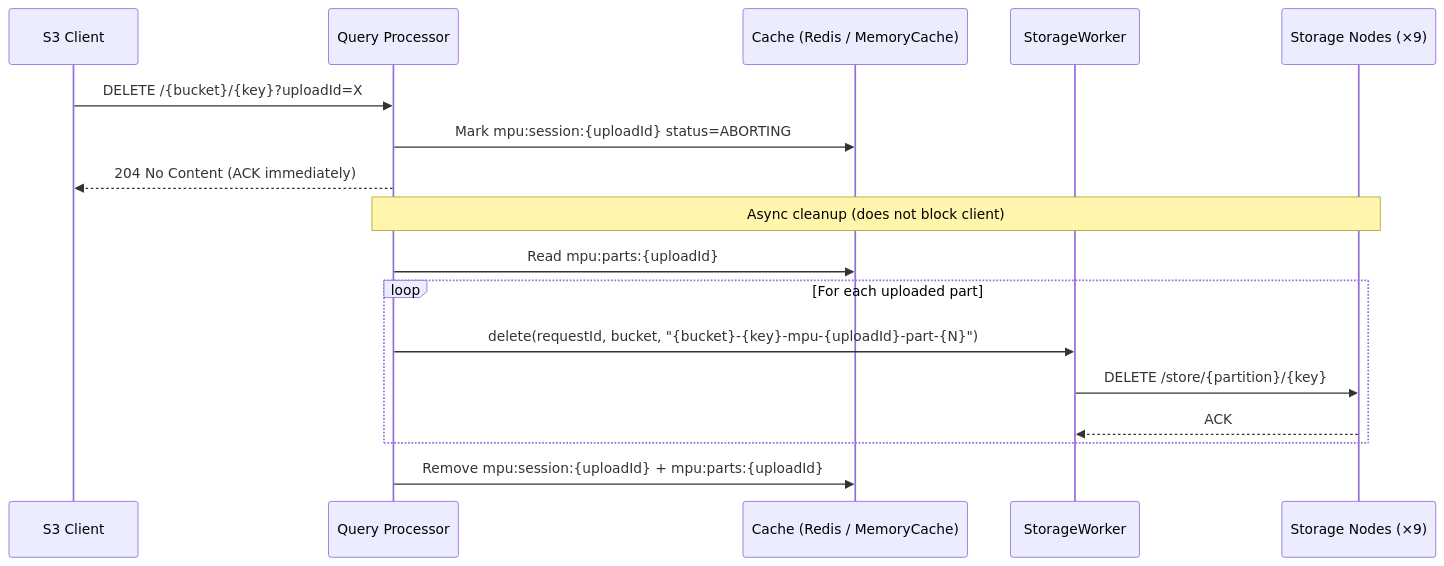
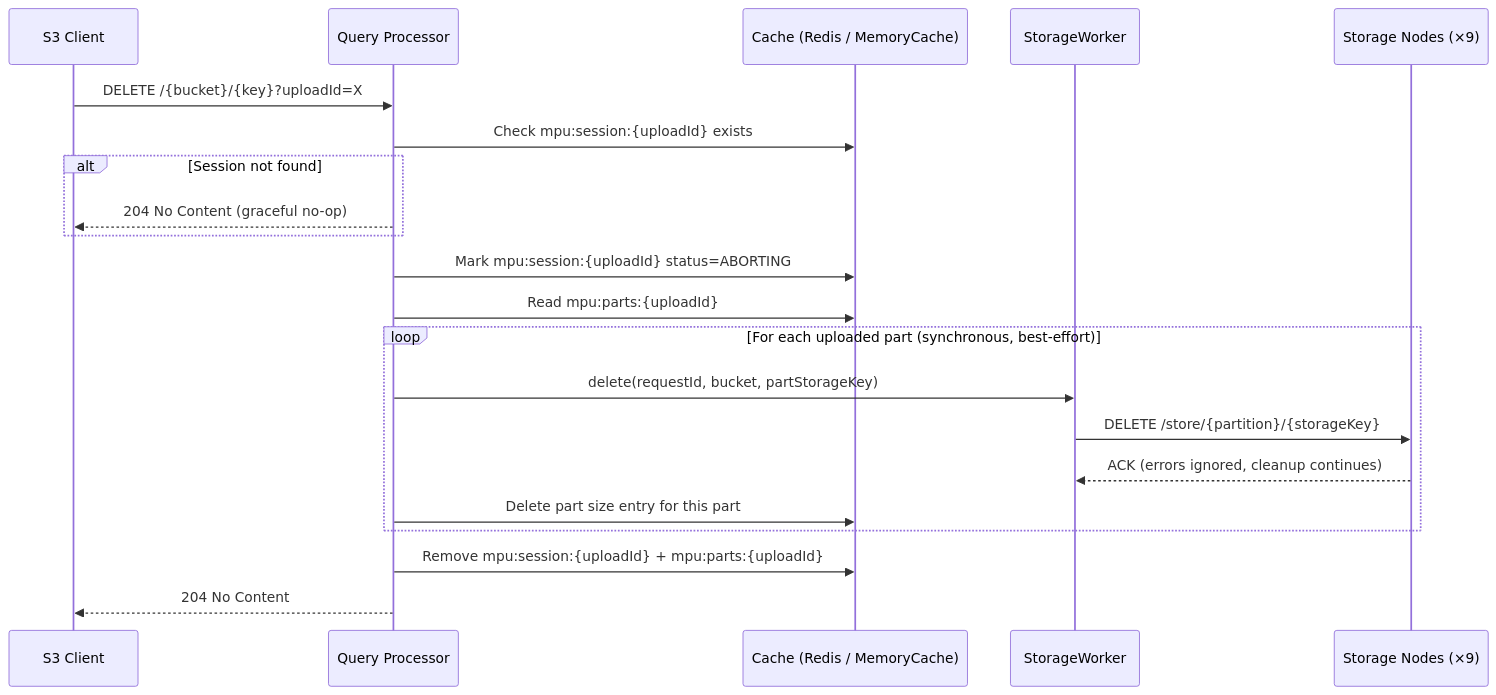
Diagram 14 of 16 in docs/workflow.md (S26-Distributed-Capstone/Koop), drawn with Mermaid before and after one commit. The commit also changed other lines of this file, not shown here.

Commit message:
Update workflow documentation to reflect Kafka/pub/sub integration and clarify multipart upload processes (AI)

````diff
--- a/docs/workflow.md
+++ b/docs/workflow.md
@@ -415,21 +409,24 @@
 ```mermaid
 sequenceDiagram
     participant C as S3 Client
     participant QP as Query Processor
     participant Cache as Cache (Redis / MemoryCache)
     participant SW as StorageWorker
     participant SN as Storage Nodes (×9)
 
     C->>QP: DELETE /{bucket}/{key}?uploadId=X
+    QP->>Cache: Check mpu:session:{uploadId} exists
+    alt Session not found
+        QP-->>C: 204 No Content (graceful no-op)
+    end
     QP->>Cache: Mark mpu:session:{uploadId} status=ABORTING
-    QP-->>C: 204 No Content (ACK immediately)
-
-    Note over QP,SN: Async cleanup (does not block client)
     QP->>Cache: Read mpu:parts:{uploadId}
-    loop For each uploaded part
-        QP->>SW: delete(requestId, bucket, "{bucket}-{key}-mpu-{uploadId}-part-{N}")
-        SW->>SN: DELETE /store/{partition}/{key}
-        SN-->>SW: ACK
+    loop For each uploaded part (synchronous, best-effort)
+        QP->>SW: delete(requestId, bucket, partStorageKey)
+        SW->>SN: DELETE /store/{partition}/{storageKey}
+        SN-->>SW: ACK (errors ignored, cleanup continues)
+        QP->>Cache: Delete part size entry for this part
     end
     QP->>Cache: Remove mpu:session:{uploadId} + mpu:parts:{uploadId}
+    QP-->>C: 204 No Content
 ```
````
